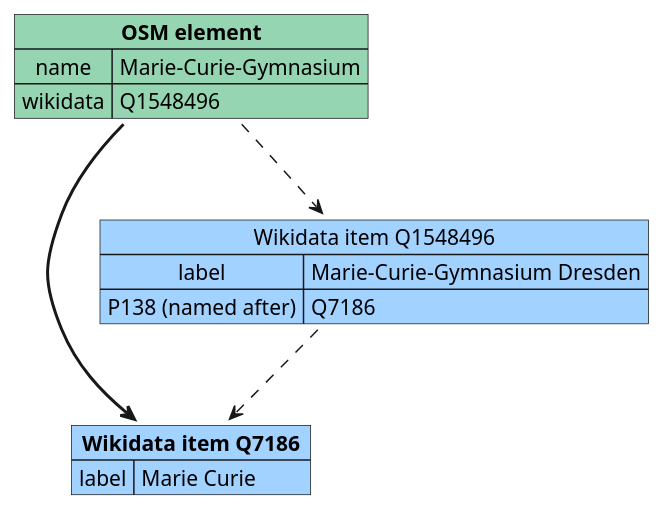
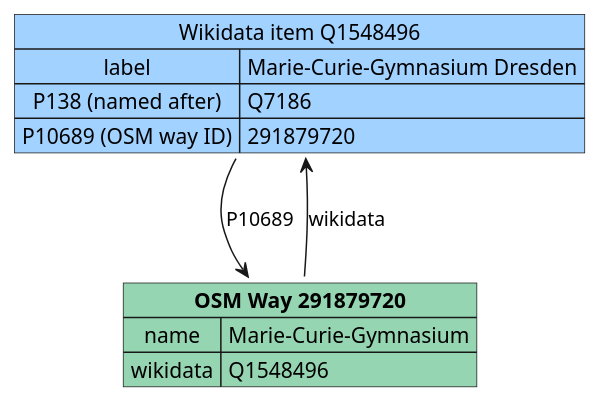
Before and after one commit to Danysan1/osm-wikidata-map-framework: the diagram in images/data/osm_wikidata.plantuml, drawn with PlantUML. The commit also changed 15 other files, not shown here.

Commit message:
Improve diagrams

```diff
--- a/images/data/osm_wikidata.plantuml
+++ b/images/data/osm_wikidata.plantuml
@@ -1,21 +1,17 @@
 @startuml osm_wikidata
-
-map "**Wikidata item Q7186**" as wikia #a2d2ff {
-  label => Marie Curie
-}
 
 map "Wikidata item Q1548496" as wikid #a2d2ff {
   label => Marie-Curie-Gymnasium Dresden
   P138 (named after) => Q7186
+  P10689 (OSM way ID) => 291879720
 }
 
-map "**OSM element**" as osmd #95d5b2 {
+map "**OSM Way 291879720**" as osmd #95d5b2 {
   name => Marie-Curie-Gymnasium
   wikidata => Q1548496
 }
 
-osmd ..> wikid
-wikid ..> wikia
-osmd -[bold]-> wikia
+osmd --> wikid : wikidata
+wikid --> osmd : P10689
 
 @enduml
```
